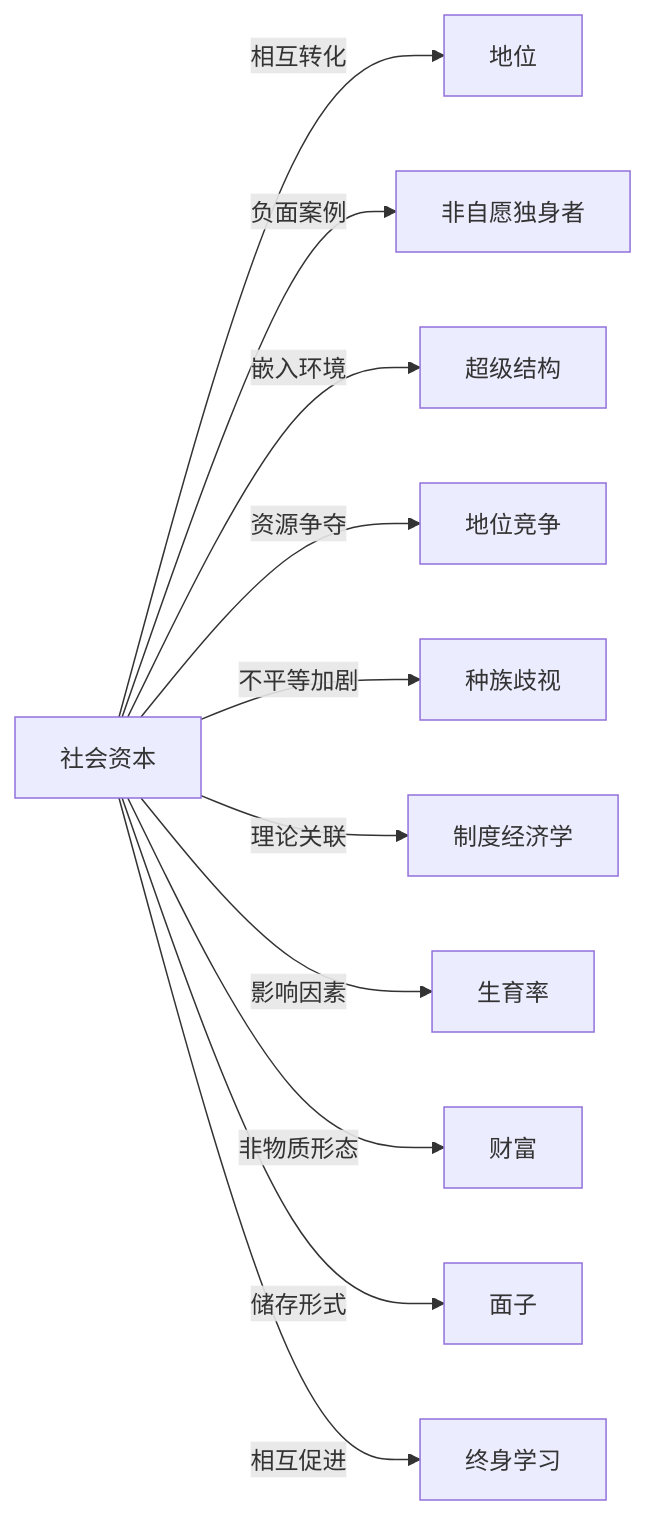
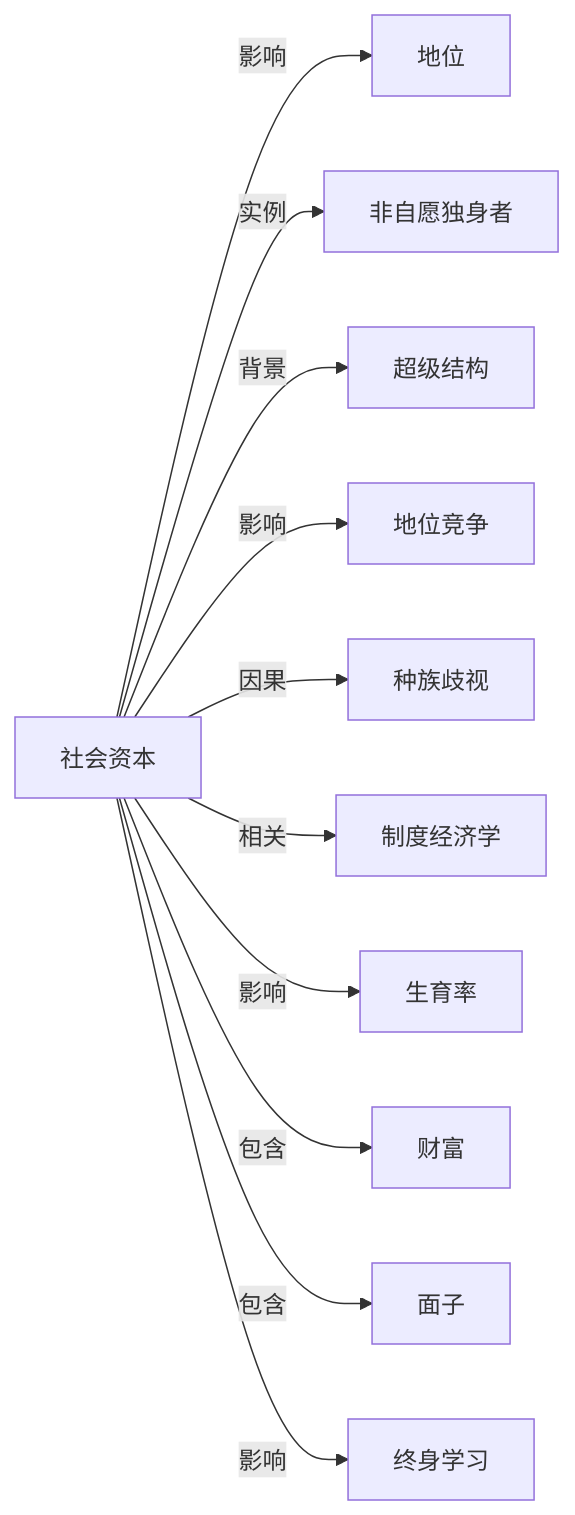
Before and after one commit to KIMMCHOW/MyKnowledge: the diagram in Knowledge/Concepts/社会学/社会资本.md, drawn with Mermaid. The commit also changed 95 other files, not shown here.

Commit message:
reorganize: 统一关系图边标签为11类

````diff
--- a/Knowledge/Concepts/社会学/社会资本.md
+++ b/Knowledge/Concepts/社会学/社会资本.md
@@ -50,13 +50,13 @@
 ```mermaid
 graph LR
-社会资本 -->|相互转化| 地位
-社会资本 -->|负面案例| 非自愿独身者
-社会资本 -->|嵌入环境| 超级结构
-社会资本 -->|资源争夺| 地位竞争
-社会资本 -->|不平等加剧| 种族歧视
-社会资本 -->|理论关联| 制度经济学
-社会资本 -->|影响因素| 生育率
-社会资本 -->|非物质形态| 财富
-社会资本 -->|储存形式| 面子
-社会资本 -->|相互促进| 终身学习
+社会资本 -->|影响| 地位
+社会资本 -->|实例| 非自愿独身者
+社会资本 -->|背景| 超级结构
+社会资本 -->|影响| 地位竞争
+社会资本 -->|因果| 种族歧视
+社会资本 -->|相关| 制度经济学
+社会资本 -->|影响| 生育率
+社会资本 -->|包含| 财富
+社会资本 -->|包含| 面子
+社会资本 -->|影响| 终身学习
 ```
````
